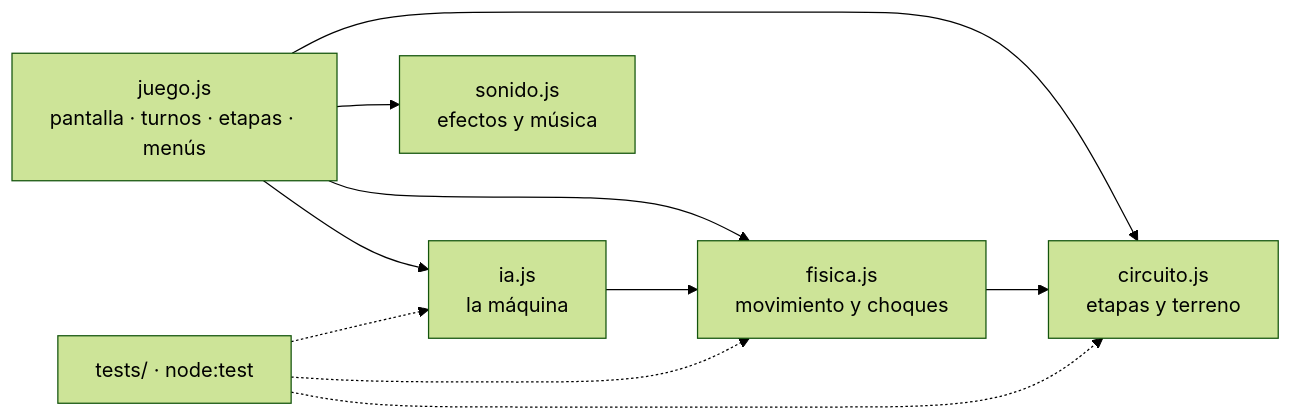
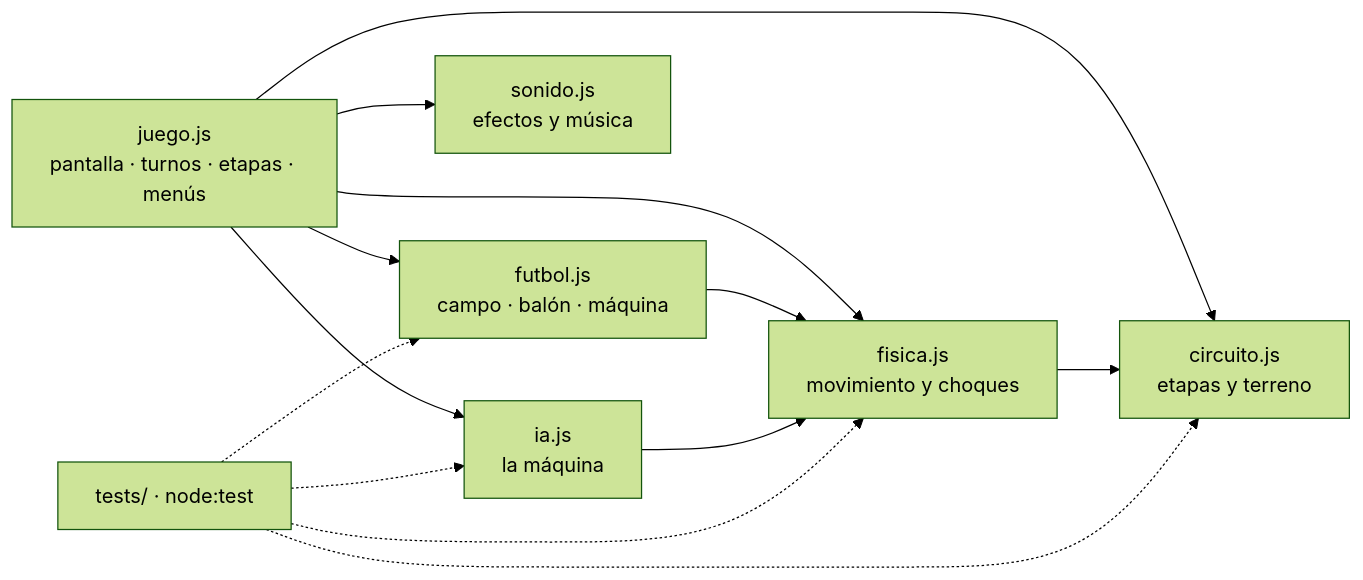
One commit to serbenda/chapas changed the first of 2 diagrams in README.md. Above: the diagram before and after it, drawn with Mermaid (forest theme). The commit also changed other lines of this file and 11 other files, not shown here.

First line of the commit message:
Fútbol de chapas: nuevo juego contra otra persona o contra la máquina

````diff
--- a/README.md
+++ b/README.md
@@ -165,12 +188,15 @@
 ```mermaid
 flowchart LR
     juego["juego.js<br/>pantalla · turnos · etapas · menús"] --> circuito["circuito.js<br/>etapas y terreno"]
     juego --> fisica["fisica.js<br/>movimiento y choques"]
     juego --> ia["ia.js<br/>la máquina"]
     juego --> sonido["sonido.js<br/>efectos y música"]
+    juego --> futbol["futbol.js<br/>campo · balón · máquina"]
+    futbol --> fisica
     ia --> fisica
     fisica --> circuito
     tests["tests/ · node:test"] -.-> circuito
     tests -.-> fisica
     tests -.-> ia
+    tests -.-> futbol
 ```
````
